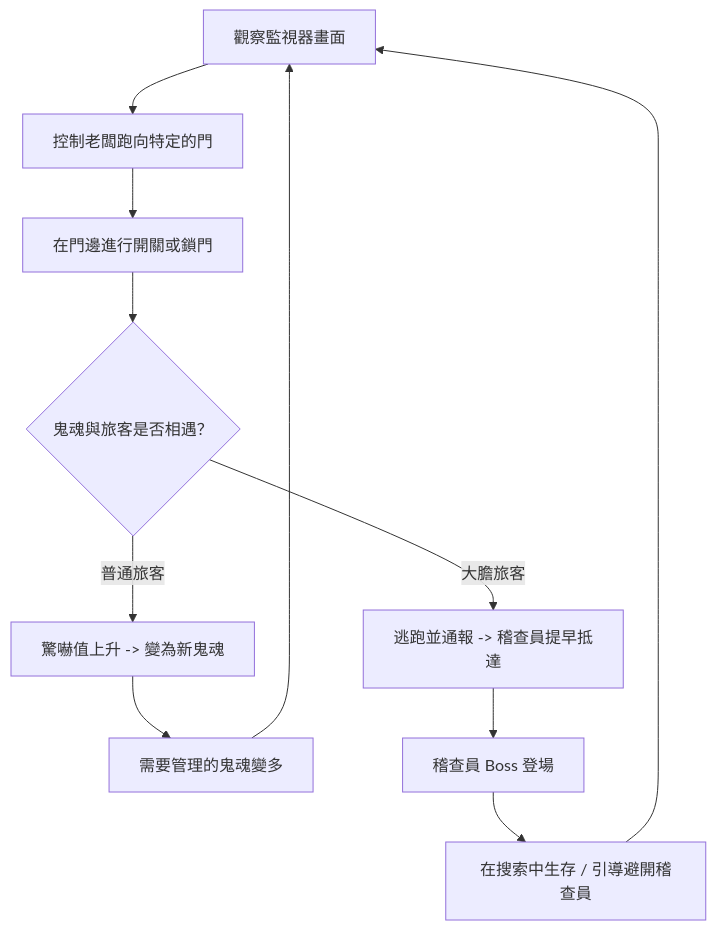
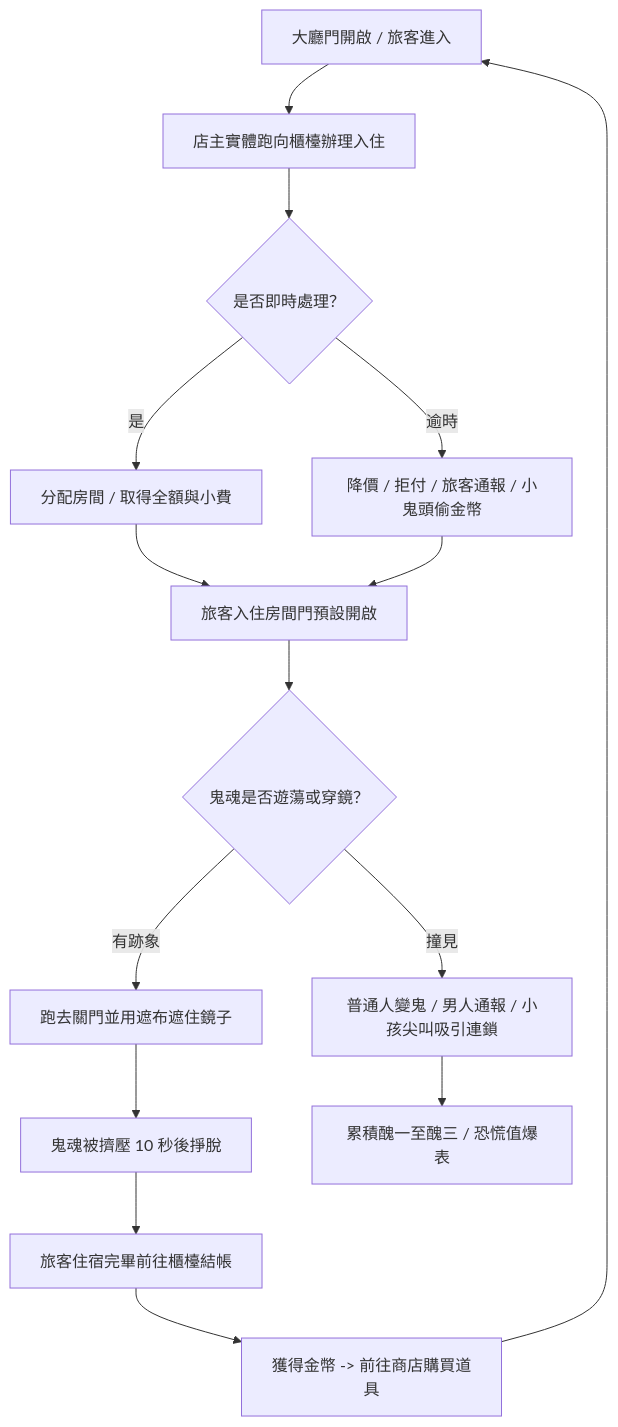
The diagram in 遊戲設計文件(GDD).md (JustinYen0531/NYCU-GDC-Game-Jam), drawn with Mermaid before and after one commit. The commit also changed other lines of this file and 1 other file, not shown here.

````diff
--- a/遊戲設計文件(GDD).md
+++ b/遊戲設計文件(GDD).md
@@ -33,13 +35,17 @@
 ```mermaid
 graph TD
-    A[觀察監視器畫面] --> B[控制老闆跑向特定的門]
-    B --> C[在門邊進行開關或鎖門]
-    C --> D{鬼魂與旅客是否相遇？}
-    D -- 普通旅客 --> E[驚嚇值上升 -> 變為新鬼魂]
-    D -- 大膽旅客 --> F[逃跑並通報 -> 稽查員提早抵達]
-    E --> G[需要管理的鬼魂變多]
-    F --> H[稽查員 Boss 登場]
-    H --> I[在搜索中生存 / 引導避開稽查員]
-    G --> A
-    I --> A
+    A[大廳門開啟 / 旅客進入] --> B[店主實體跑向櫃檯辦理入住]
+    B --> C{是否即時處理？}
+    C -- 是 --> D[分配房間 / 取得全額與小費]
+    C -- 逾時 --> E[降價 / 拒付 / 旅客通報 / 小鬼頭偷金幣]
+    D --> F[旅客入住房間門預設開啟]
+    E --> F
+    F --> G{鬼魂是否遊蕩或穿鏡？}
+    G -- 有跡象 --> H[跑去關門並用遮布遮住鏡子]
+    G -- 撞見 --> I[普通人變鬼 / 男人通報 / 小孩尖叫吸引連鎖]
+    H --> J[鬼魂被擠壓 10 秒後掙脫]
+    I --> K[累積醜一至醜三 / 恐慌值爆表]
+    J --> L[旅客住宿完畢前往櫃檯結帳]
+    L --> M[獲得金幣 -> 前往商店購買道具]
+    M --> A
 ```
````
